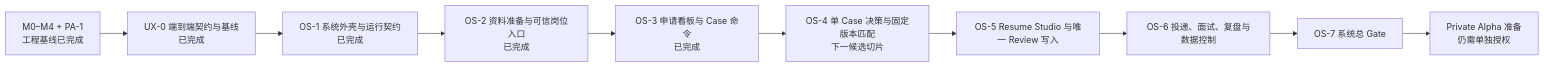
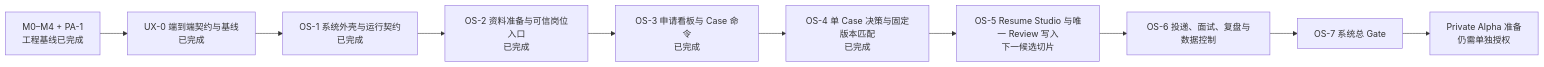
One commit to CodeVoyager21932/Aijob changed the diagram in docs/06-mvp-roadmap.md. Above: the diagram before and after it, drawn with Mermaid. The commit also changed other lines of this file and 24 other files, not shown here.

```diff
--- a/docs/06-mvp-roadmap.md
+++ b/docs/06-mvp-roadmap.md
@@ -45,12 +47,12 @@
 ~~~mermaid
 flowchart LR
     B["M0–M4 + PA-1<br/>工程基线已完成"] --> U0["UX-0 端到端契约与基线<br/>已完成"]
     U0 --> O1["OS-1 系统外壳与运行契约<br/>已完成"]
     O1 --> O2["OS-2 资料准备与可信岗位入口<br/>已完成"]
     O2 --> O3["OS-3 申请看板与 Case 命令<br/>已完成"]
-    O3 --> O4["OS-4 单 Case 决策与固定版本匹配<br/>下一候选切片"]
-    O4 --> O5["OS-5 Resume Studio 与唯一 Review 写入"]
+    O3 --> O4["OS-4 单 Case 决策与固定版本匹配<br/>已完成"]
+    O4 --> O5["OS-5 Resume Studio 与唯一 Review 写入<br/>下一候选切片"]
     O5 --> O6["OS-6 投递、面试、复盘与数据控制"]
     O6 --> O7["OS-7 系统总 Gate"]
     O7 --> P["Private Alpha 准备<br/>仍需单独授权"]
 ~~~
```
